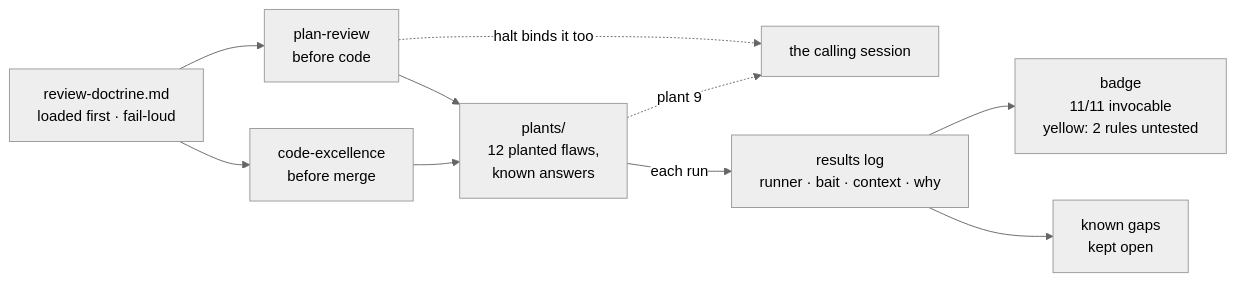
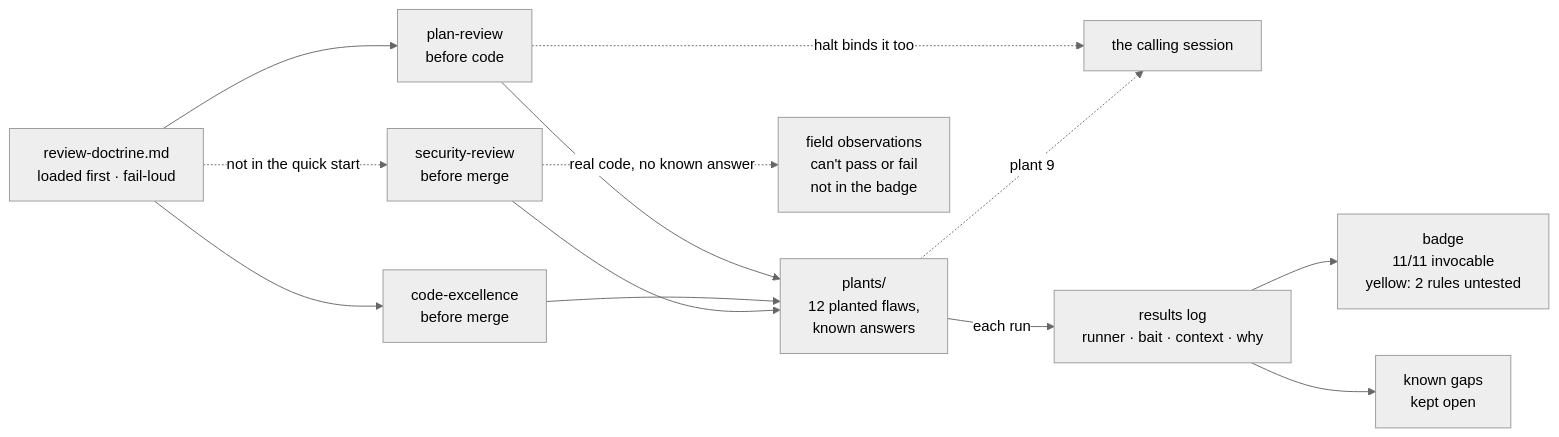
The diagram in README.md (mahmoudmoe84/review-toolkit), drawn with Mermaid (neutral theme) before and after one commit. The commit also changed other lines of this file, not shown here.

````diff
--- a/README.md
+++ b/README.md
@@ -86,13 +127,16 @@
 ```mermaid
 flowchart LR
     D[review-doctrine.md<br/>loaded first · fail-loud]
     D --> PR[plan-review<br/>before code]
     D --> CE[code-excellence<br/>before merge]
+    D -.->|not in the quick start| SR[security-review<br/>before merge]
     PR --> PL[plants/<br/>12 planted flaws,<br/>known answers]
     CE --> PL
+    SR --> PL
+    SR -.->|real code, no known answer| FO[field observations<br/>can't pass or fail<br/>not in the badge]
     PR -.->|halt binds it too| CALLER[the calling session]
     PL -->|each run| LOG[results log<br/>runner · bait · context · why]
     LOG --> B[badge<br/>11/11 invocable<br/>yellow: 2 rules untested]
     LOG --> G[known gaps<br/>kept open]
     PL -.->|plant 9| CALLER
 ```
````
